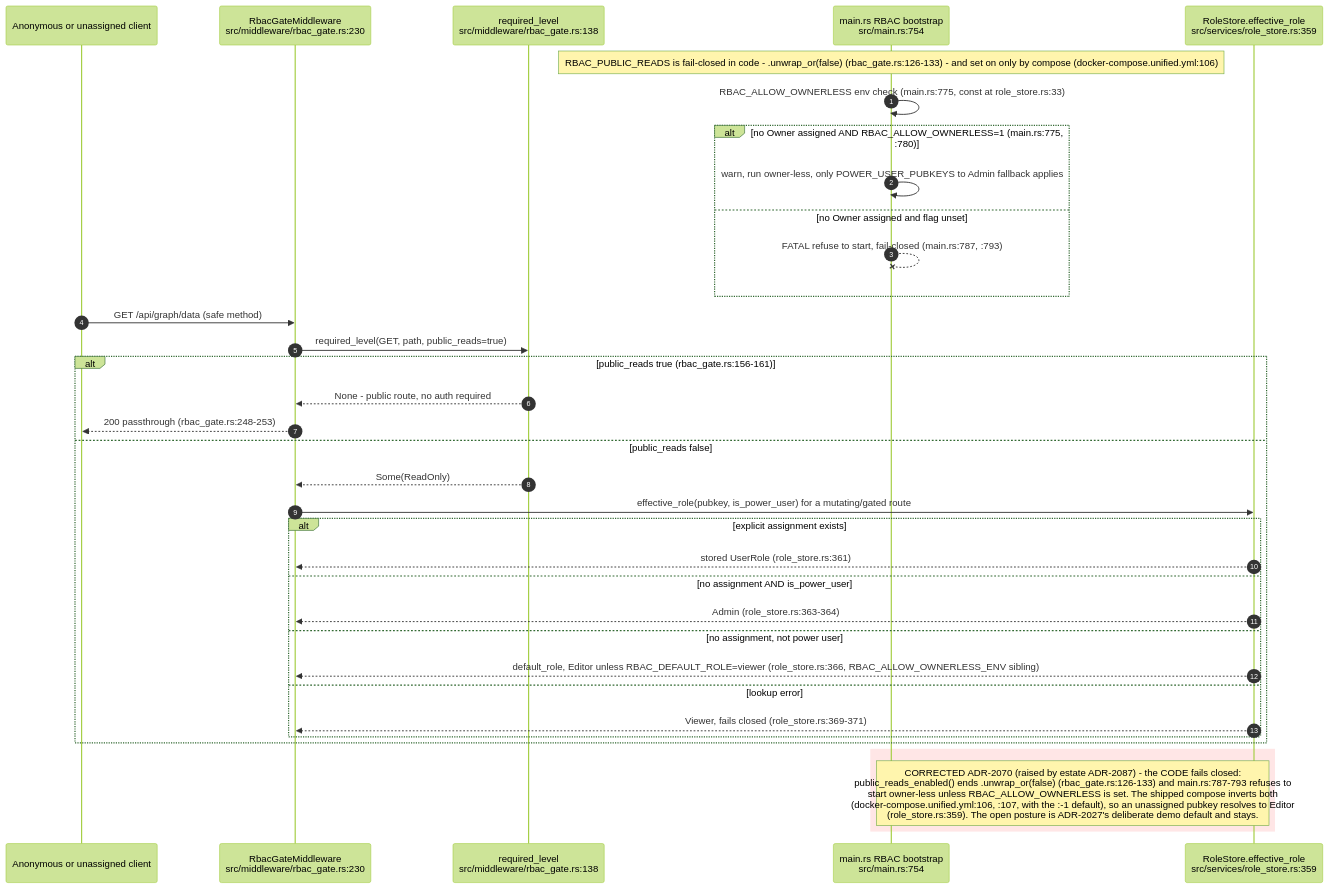
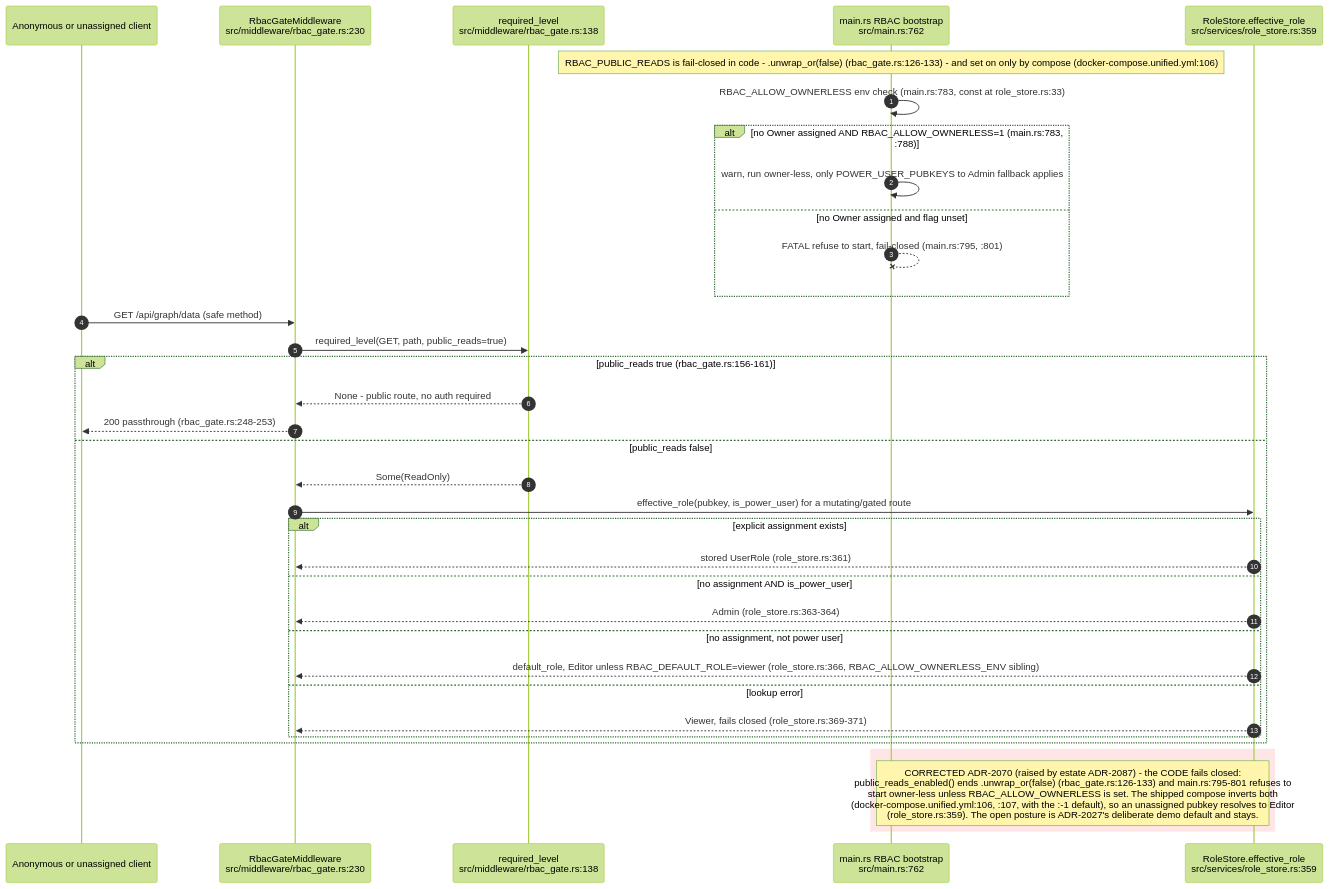
One commit to DreamLab-AI/VisionFlow changed the ninth of 11 diagrams in docs/diagrams/visionclaw/22-data-authority-provenance-erasure.md. Above: the diagram before and after it, drawn with Mermaid (forest theme). The commit also changed other lines of this file and 111 other files, not shown here.

Commit message:
docs(diagrams): align estate maps with current source

````diff
--- a/docs/diagrams/visionclaw/22-data-authority-provenance-erasure.md
+++ b/docs/diagrams/visionclaw/22-data-authority-provenance-erasure.md
@@ -382,38 +382,38 @@
 ```mermaid
 sequenceDiagram
     autonumber
     participant C as Anonymous or unassigned client
     participant GATE as RbacGateMiddleware<br/>src/middleware/rbac_gate.rs:230
     participant REQ as required_level<br/>src/middleware/rbac_gate.rs:138
-    participant BOOT as main.rs RBAC bootstrap<br/>src/main.rs:754
+    participant BOOT as main.rs RBAC bootstrap<br/>src/main.rs:762
     participant RS as RoleStore.effective_role<br/>src/services/role_store.rs:359
 
     Note over BOOT: RBAC_PUBLIC_READS is fail-closed in code - .unwrap_or(false) (rbac_gate.rs:126-133) - and set on only by compose (docker-compose.unified.yml:106)
-    BOOT->>BOOT: RBAC_ALLOW_OWNERLESS env check (main.rs:775, const at role_store.rs:33)
-    alt no Owner assigned AND RBAC_ALLOW_OWNERLESS=1 (main.rs:775, :780)
+    BOOT->>BOOT: RBAC_ALLOW_OWNERLESS env check (main.rs:783, const at role_store.rs:33)
+    alt no Owner assigned AND RBAC_ALLOW_OWNERLESS=1 (main.rs:783, :788)
         BOOT->>BOOT: warn, run owner-less, only POWER_USER_PUBKEYS to Admin fallback applies
     else no Owner assigned and flag unset
-        BOOT--xBOOT: FATAL refuse to start, fail-closed (main.rs:787, :793)
+        BOOT--xBOOT: FATAL refuse to start, fail-closed (main.rs:795, :801)
     end
     C->>GATE: GET /api/graph/data (safe method)
     GATE->>REQ: required_level(GET, path, public_reads=true)
     alt public_reads true (rbac_gate.rs:156-161)
         REQ-->>GATE: None - public route, no auth required
         GATE-->>C: 200 passthrough (rbac_gate.rs:248-253)
     else public_reads false
         REQ-->>GATE: Some(ReadOnly)
         GATE->>RS: effective_role(pubkey, is_power_user) for a mutating/gated route
         alt explicit assignment exists
             RS-->>GATE: stored UserRole (role_store.rs:361)
         else no assignment AND is_power_user
             RS-->>GATE: Admin (role_store.rs:363-364)
         else no assignment, not power user
             RS-->>GATE: default_role, Editor unless RBAC_DEFAULT_ROLE=viewer (role_store.rs:366, RBAC_ALLOW_OWNERLESS_ENV sibling)
         else lookup error
             RS-->>GATE: Viewer, fails closed (role_store.rs:369-371)
         end
     end
     rect rgb(255, 230, 230)
-    Note over BOOT,RS: CORRECTED ADR-2070 (raised by estate ADR-2087) - the CODE fails closed:<br/>public_reads_enabled() ends .unwrap_or(false) (rbac_gate.rs:126-133) and main.rs:787-793 refuses to<br/>start owner-less unless RBAC_ALLOW_OWNERLESS is set. The shipped compose inverts both<br/>(docker-compose.unified.yml:106, :107, with the :-1 default), so an unassigned pubkey resolves to Editor<br/>(role_store.rs:359). The open posture is ADR-2027's deliberate demo default and stays.
+    Note over BOOT,RS: CORRECTED ADR-2070 (raised by estate ADR-2087) - the CODE fails closed:<br/>public_reads_enabled() ends .unwrap_or(false) (rbac_gate.rs:126-133) and main.rs:795-801 refuses to<br/>start owner-less unless RBAC_ALLOW_OWNERLESS is set. The shipped compose inverts both<br/>(docker-compose.unified.yml:106, :107, with the :-1 default), so an unassigned pubkey resolves to Editor<br/>(role_store.rs:359). The open posture is ADR-2027's deliberate demo default and stays.
     end
 ```
````
